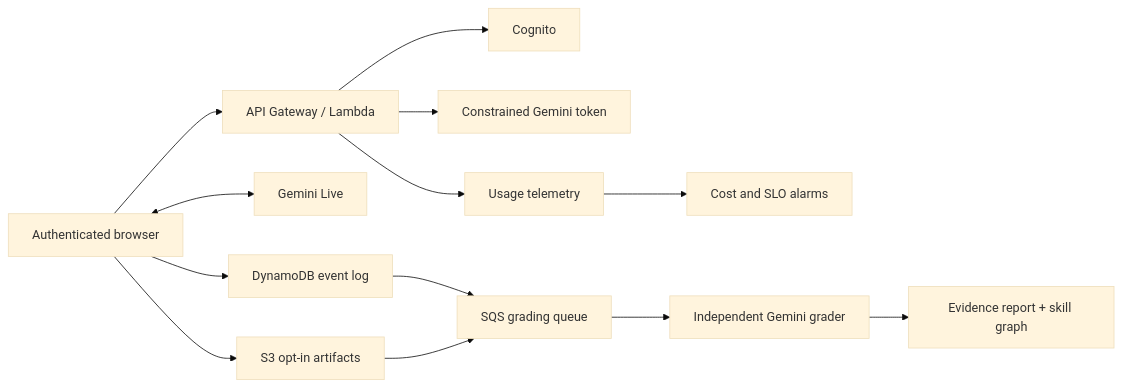
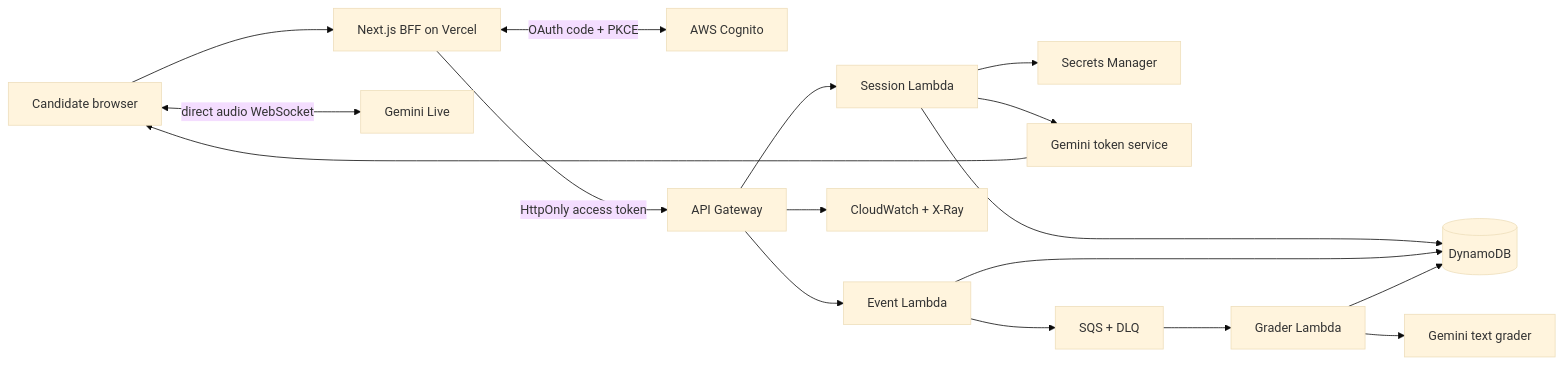
One commit to AloysiusLimMingZhou/signal-room-interview-coach changed the diagram in README.md. Above: the diagram before and after it, drawn with Mermaid (base theme). The commit also changed other lines of this file and 69 other files, not shown here.

Commit message:
feat: add P1 Gemini interview architecture

````diff
--- a/README.md
+++ b/README.md
@@ -162,15 +29,19 @@
-```mermaid
+~~~mermaid
 flowchart LR
-  Browser[Authenticated browser] --> API[API Gateway / Lambda]
-  API --> Cognito[Cognito]
-  API --> Token[Constrained Gemini token]
-  Browser <--> Live[Gemini Live]
-  Browser --> Events[DynamoDB event log]
-  Browser --> Artifacts[S3 opt-in artifacts]
-  Events --> Queue[SQS grading queue]
-  Artifacts --> Queue
-  Queue --> Grader[Independent Gemini grader]
-  Grader --> Report[Evidence report + skill graph]
-  Usage[Usage telemetry] --> Alarms[Cost and SLO alarms]
-  API --> Usage
-```
+  Browser[Candidate browser] --> BFF[Next.js BFF on Vercel]
+  BFF <-->|OAuth code + PKCE| Cognito[AWS Cognito]
+  BFF -->|HttpOnly access token| API[API Gateway]
+  API --> Session[Session Lambda]
+  API --> Events[Event Lambda]
+  Session --> DDB[(DynamoDB)]
+  Session --> Secret[Secrets Manager]
+  Session --> Token[Gemini token service]
+  Token --> Browser
+  Browser <-->|direct audio WebSocket| Live[Gemini Live]
+  Events --> DDB
+  Events --> Queue[SQS + DLQ]
+  Queue --> Grader[Grader Lambda]
+  Grader --> Grade[Gemini text grader]
+  Grader --> DDB
+  API --> CW[CloudWatch + X-Ray]
+~~~
````
